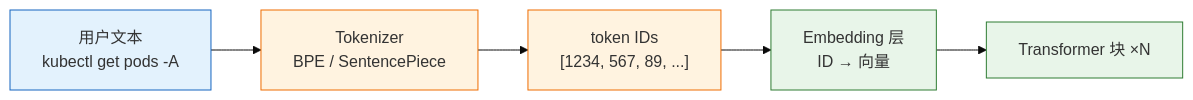
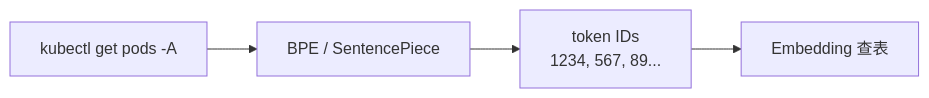
The second of 9 diagrams in 08-AI与智能运维/01-LLM与Transformer基础/知识点.md (ml-cuizijun/LearnToLilith), drawn with Mermaid before and after one commit. The commit also changed other lines of this file and 470 other files, not shown here.

````diff
--- a/08-AI与智能运维/01-LLM与Transformer基础/知识点.md
+++ b/08-AI与智能运维/01-LLM与Transformer基础/知识点.md
@@ -100,16 +42,6 @@
 ```mermaid
-%%{init: {"theme": "base", "flowchart": {"padding": 16}}}%%
 flowchart LR
-    classDef input fill:#e3f2fd,stroke:#1565c0
-    classDef process fill:#fff3e0,stroke:#ef6c00
-    classDef output fill:#e8f5e9,stroke:#2e7d32
-
-    A["用户文本<br/>kubectl get pods -A"] --> B["Tokenizer<br/>BPE / SentencePiece"]
-    B --> C["token IDs<br/>[1234, 567, 89, ...]"]
-    C --> D["Embedding 层<br/>ID → 向量"]
-    D --> E["Transformer 块 ×N"]
-
-    class A input
-    class B,C process
-    class D,E output
+    TXT["kubectl get pods -A"] --> BPE["BPE / SentencePiece"]
+    BPE --> IDS["token IDs<br/>1234, 567, 89..."]
+    IDS --> EMB2["Embedding 查表"]
 ```
````
